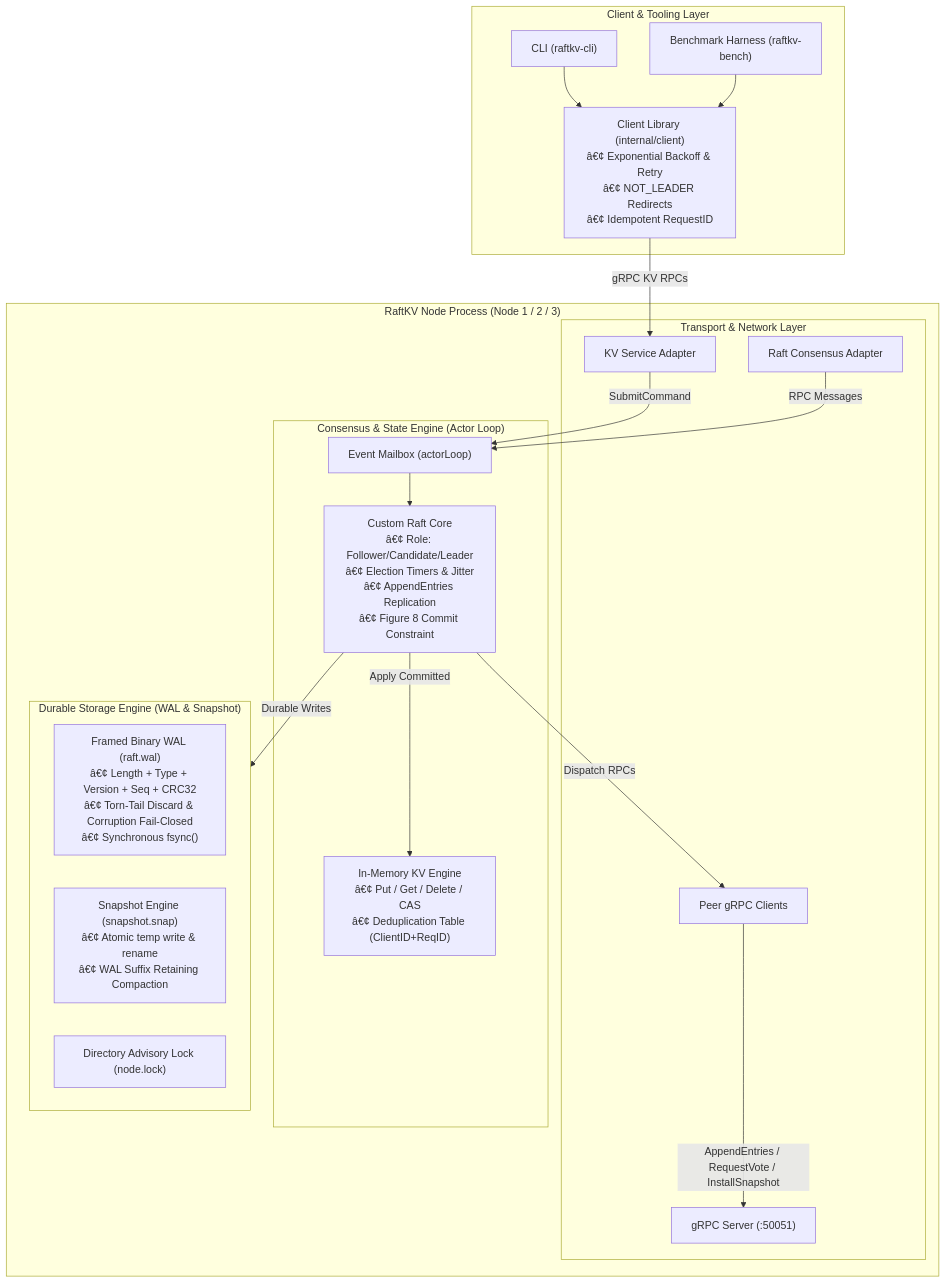
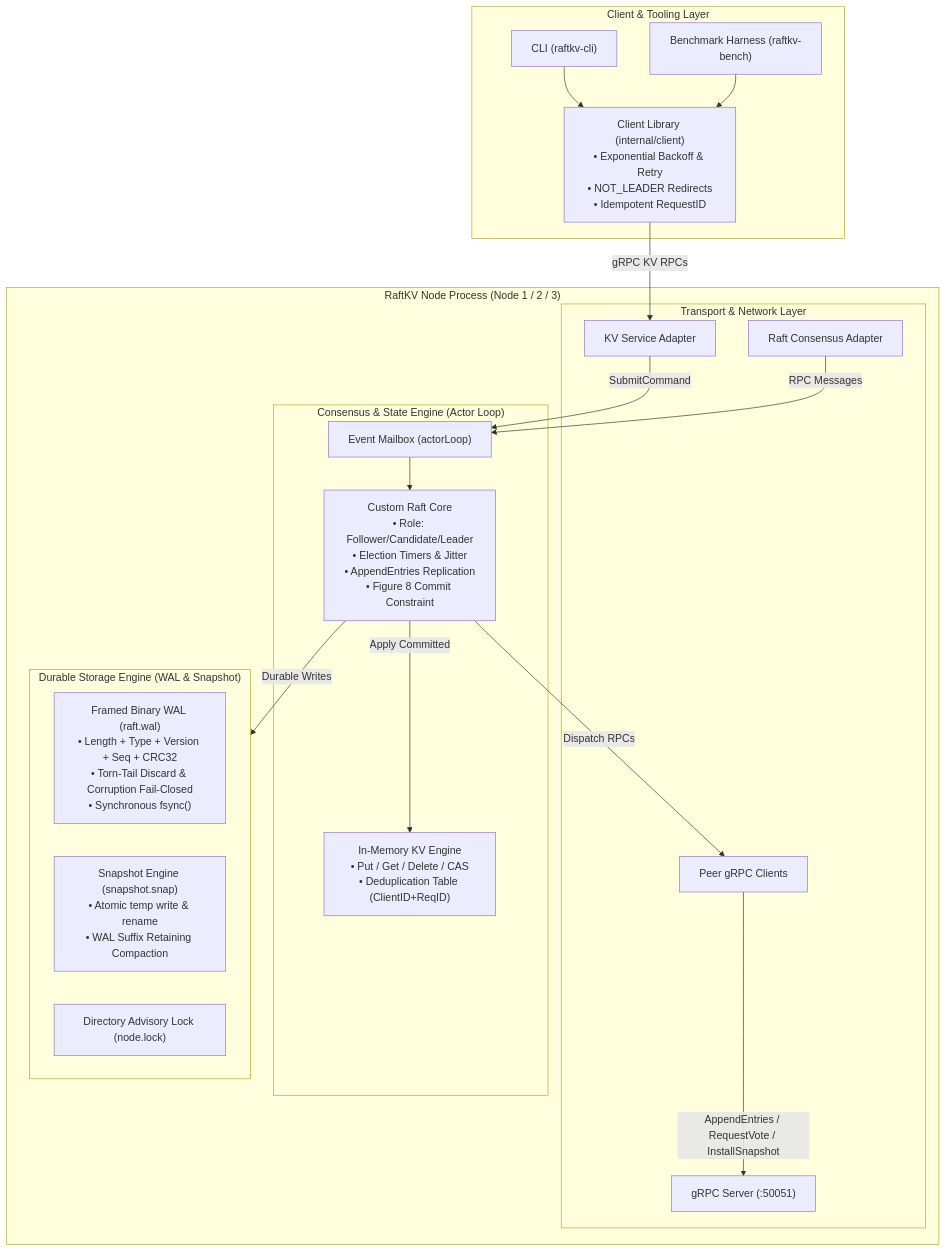
Before and after one commit to AnushKamble/RaftKV: the diagram in README.md, drawn with Mermaid. The commit also changed other lines of this file and 3 other files, not shown here.

````diff
--- a/README.md
+++ b/README.md
@@ -15,40 +15,40 @@
 ```mermaid
 flowchart TD
     subgraph ClientLayer["Client & Tooling Layer"]
         CLI["CLI (raftkv-cli)"]
         Bench["Benchmark Harness (raftkv-bench)"]
-        ClientLib["Client Library (internal/client)<br/>â€¢ Exponential Backoff & Retry<br/>â€¢ NOT_LEADER Redirects<br/>â€¢ Idempotent RequestID"]
+        ClientLib["Client Library (internal/client)<br/>• Exponential Backoff & Retry<br/>• NOT_LEADER Redirects<br/>• Idempotent RequestID"]
     end
 
     subgraph NodeProcess["RaftKV Node Process (Node 1 / 2 / 3)"]
         subgraph TransportLayer["Transport & Network Layer"]
             GRPCServer["gRPC Server (:50051)"]
             KVService["KV Service Adapter"]
             RaftService["Raft Consensus Adapter"]
             PeerClients["Peer gRPC Clients"]
         end
 
         subgraph CoreEngine["Consensus & State Engine (Actor Loop)"]
             Mailbox["Event Mailbox (actorLoop)"]
-            RaftCore["Custom Raft Core<br/>â€¢ Role: Follower/Candidate/Leader<br/>â€¢ Election Timers & Jitter<br/>â€¢ AppendEntries Replication<br/>â€¢ Figure 8 Commit Constraint"]
-            StateMachine["In-Memory KV Engine<br/>â€¢ Put / Get / Delete / CAS<br/>â€¢ Deduplication Table (ClientID+ReqID)"]
+            RaftCore["Custom Raft Core<br/>• Role: Follower/Candidate/Leader<br/>• Election Timers & Jitter<br/>• AppendEntries Replication<br/>• Figure 8 Commit Constraint"]
+            StateMachine["In-Memory KV Engine<br/>• Put / Get / Delete / CAS<br/>• Deduplication Table (ClientID+ReqID)"]
         end
 
         subgraph StorageLayer["Durable Storage Engine (WAL & Snapshot)"]
-            WAL["Framed Binary WAL (raft.wal)<br/>â€¢ Length + Type + Version + Seq + CRC32<br/>â€¢ Torn-Tail Discard & Corruption Fail-Closed<br/>â€¢ Synchronous fsync()"]
-            Snap["Snapshot Engine (snapshot.snap)<br/>â€¢ Atomic temp write & rename<br/>â€¢ WAL Suffix Retaining Compaction"]
+            WAL["Framed Binary WAL (raft.wal)<br/>• Length + Type + Version + Seq + CRC32<br/>• Torn-Tail Discard & Corruption Fail-Closed<br/>• Synchronous fsync()"]
+            Snap["Snapshot Engine (snapshot.snap)<br/>• Atomic temp write & rename<br/>• WAL Suffix Retaining Compaction"]
             Flock["Directory Advisory Lock (node.lock)"]
         end
     end
 
     CLI --> ClientLib
     Bench --> ClientLib
     ClientLib -->|"gRPC KV RPCs"| KVService
     KVService -->|"SubmitCommand"| Mailbox
     RaftService -->|"RPC Messages"| Mailbox
     Mailbox --> RaftCore
     RaftCore -->|"Durable Writes"| StorageLayer
     RaftCore -->|"Apply Committed"| StateMachine
     RaftCore -->|"Dispatch RPCs"| PeerClients
     PeerClients -->|"AppendEntries / RequestVote / InstallSnapshot"| GRPCServer
 ```
````
